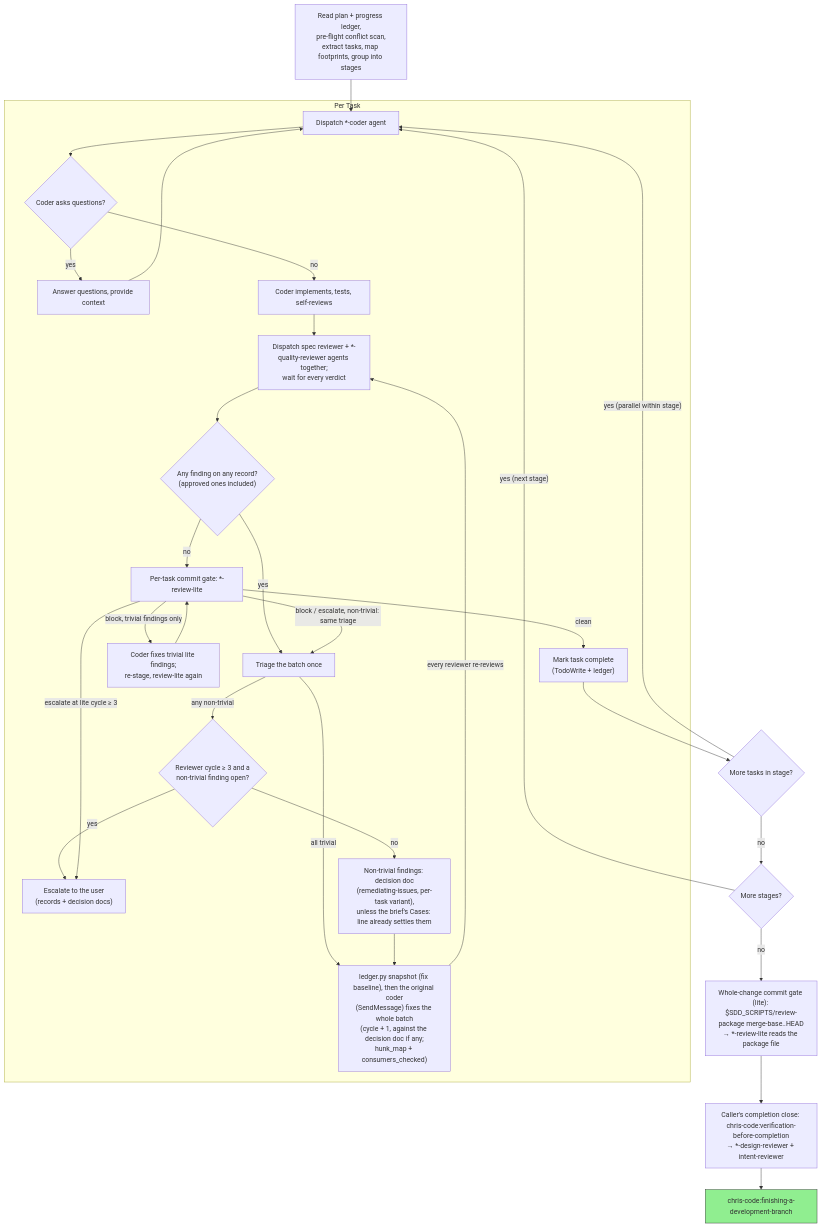
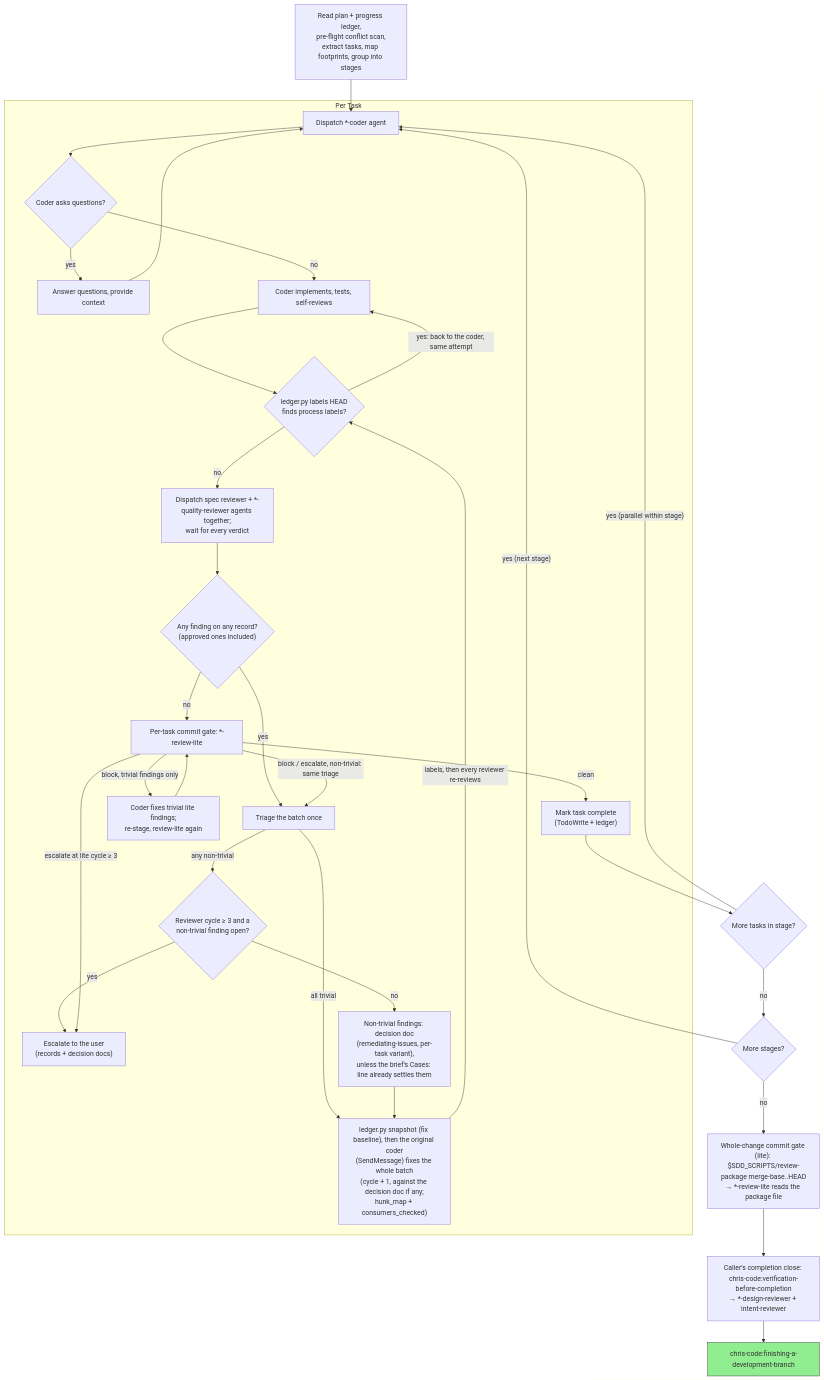
One commit to chris-santiago/claude-plugins changed the diagram in chris-code/skills/subagent-driven-development/SKILL.md. Above: the diagram before and after it, drawn with Mermaid. The commit also changed other lines of this file and 13 other files, not shown here.

First line of the commit message:
Gate review-process labels in comments and keep a per-cycle check history

````diff
--- a/chris-code/skills/subagent-driven-development/SKILL.md
+++ b/chris-code/skills/subagent-driven-development/SKILL.md
@@ -28,56 +28,59 @@
 ```mermaid
 flowchart TB
     subgraph Per Task
         coder["Dispatch *-coder agent"]
         questions{"Coder asks questions?"}
         answer["Answer questions, provide context"]
         implement["Coder implements, tests, self-reviews"]
+        labels{"ledger.py labels HEAD<br/>finds process labels?"}
         reviews["Dispatch spec reviewer + *-quality-reviewer agents together;<br/>wait for every verdict"]
         reviews_ok{"Any finding on any record?<br/>(approved ones included)"}
         triage["Triage the batch once"]
         cap{"Reviewer cycle ≥ 3 and a<br/>non-trivial finding open?"}
         escalate["Escalate to the user<br/>(records + decision docs)"]
         decision["Non-trivial findings: decision doc<br/>(remediating-issues, per-task variant),<br/>unless the brief's Cases: line already settles them"]
         fix["ledger.py snapshot (fix baseline), then the original coder<br/>(SendMessage) fixes the whole batch<br/>(cycle + 1, against the decision doc if any;<br/>hunk_map + consumers_checked)"]
         lite_fix["Coder fixes trivial lite findings;<br/>re-stage, review-lite again"]
         commit_gate["Per-task commit gate: *-review-lite"]
         done["Mark task complete<br/>(TodoWrite + ledger)"]
     end
 
     read["Read plan + progress ledger,<br/>pre-flight conflict scan,<br/>extract tasks, map footprints, group into stages"]
     more_tasks{"More tasks in stage?"}
     more_stages{"More stages?"}
     final_gate["Whole-change commit gate (lite): $SDD_SCRIPTS/review-package merge-base..HEAD<br/>→ *-review-lite reads the package file"]
     verification["Caller's completion close: chris-code:verification-before-completion<br/>→ *-design-reviewer + intent-reviewer"]
     finish["chris-code:finishing-a-development-branch"]:::finish
 
     read --> coder
     coder --> questions
     questions -->|yes| answer
     answer --> coder
     questions -->|no| implement
-    implement --> reviews
+    implement --> labels
+    labels -->|"yes: back to the coder, same attempt"| implement
+    labels -->|no| reviews
     reviews --> reviews_ok
     reviews_ok -->|yes| triage
     triage -->|all trivial| fix
     triage -->|any non-trivial| cap
     cap -->|yes| escalate
     cap -->|no| decision
     decision --> fix
-    fix -->|"every reviewer re-reviews"| reviews
+    fix -->|"labels, then every reviewer re-reviews"| labels
     reviews_ok -->|no| commit_gate
     commit_gate -->|"block, trivial findings only"| lite_fix
     lite_fix --> commit_gate
     commit_gate -->|"block / escalate, non-trivial: same triage"| triage
     commit_gate -->|"escalate at lite cycle ≥ 3"| escalate
     commit_gate -->|clean| done
     done --> more_tasks
     more_tasks -->|"yes (parallel within stage)"| coder
     more_tasks -->|no| more_stages
     more_stages -->|"yes (next stage)"| coder
     more_stages -->|no| final_gate
     final_gate --> verification
     verification --> finish
 
     classDef finish fill:#90EE90,stroke:#333
 ```
````
